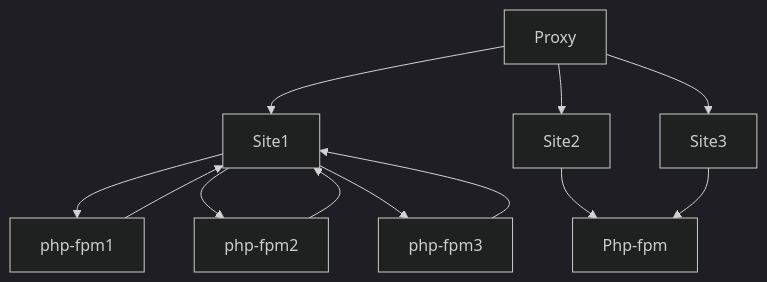
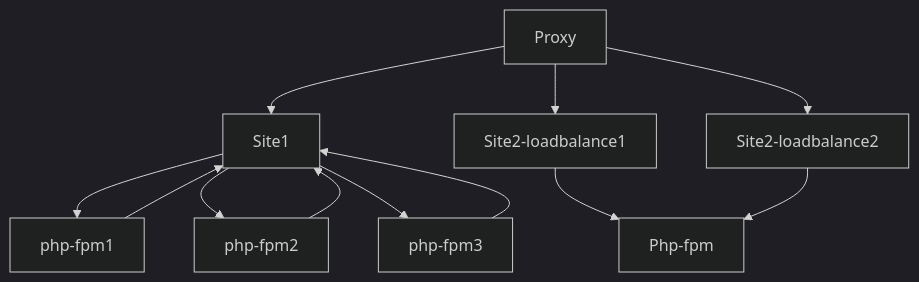
The diagram in README.md (Zellds/nginx-php-fpm-loadbalance), drawn with Mermaid (dark theme) before and after one commit.

Commit message:
ajuste do gratifico

````diff
--- a/README.md
+++ b/README.md
@@ -3,14 +3,14 @@
 ```mermaid
   graph TD;
       Proxy-->Site1;
-      Proxy-->Site2;
-      Proxy-->Site3;
+      Proxy-->Site2-loadbalance1;
+      Proxy-->Site2-loadbalance2;
       Site1-->php-fpm1;
       Site1-->php-fpm2;
       Site1-->php-fpm3;
       php-fpm1-->Site1;
       php-fpm2-->Site1;
       php-fpm3-->Site1;
-      Site2-->Php-fpm;
-      Site3-->Php-fpm;
+      Site2-loadbalance1-->Php-fpm;
+      Site2-loadbalance2-->Php-fpm;
 ```
````
